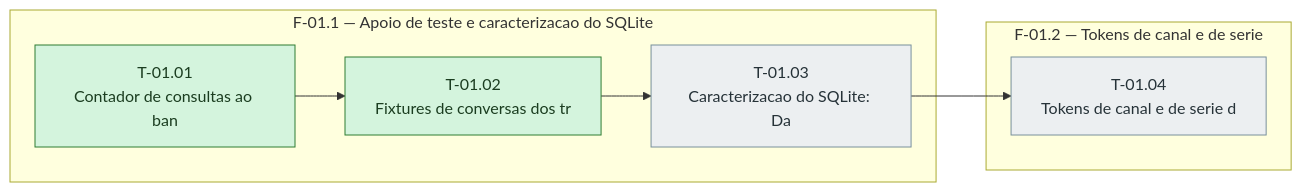
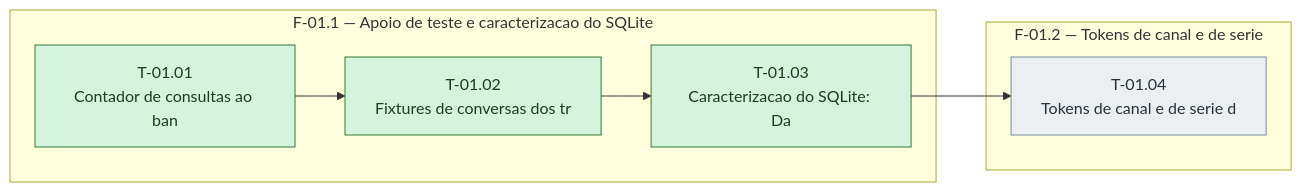
Before and after one commit to bittencourtthulio/converse-chatbot: the diagram in docs/historico-de-conversas/sprint-01/fases.md, drawn with Mermaid. The commit also changed 2 other files, not shown here.

Commit message:
feat(FT-09): T-01.03 caracterizacao do SQLite: DateTime, dia local e LIKE

````diff
--- a/docs/historico-de-conversas/sprint-01/fases.md
+++ b/docs/historico-de-conversas/sprint-01/fases.md
@@ -31,26 +31,26 @@
 ```mermaid
 %% Grafo de tasks — sprint-01 — gerado pela sprintx a partir de tasks.md
 flowchart LR
   subgraph fase_01_1["F-01.1 — Apoio de teste e caracterizacao do SQLite"]
     T_01_01["T-01.01<br/>Contador de consultas ao ban"]
     T_01_02["T-01.02<br/>Fixtures de conversas dos tr"]
     T_01_03["T-01.03<br/>Caracterizacao do SQLite: Da"]
   end
   subgraph fase_01_2["F-01.2 — Tokens de canal e de serie"]
     T_01_04["T-01.04<br/>Tokens de canal e de serie d"]
   end
   T_01_01 --> T_01_02
   T_01_02 --> T_01_03
   T_01_03 --> T_01_04
 
   classDef concluida fill:#d4f4dd,stroke:#2e7d32,color:#1b3d20
   classDef andamento fill:#fff3cd,stroke:#b8860b,color:#4a3800
   classDef bloqueada fill:#f8d7da,stroke:#c62828,color:#4a1d1f
   classDef pendente  fill:#eceff1,stroke:#78909c,color:#263238
   classDef critico   stroke-width:3px
 
   class T_01_01 concluida
   class T_01_02 concluida
-  class T_01_03 pendente
+  class T_01_03 concluida
   class T_01_04 pendente
 ```
````
